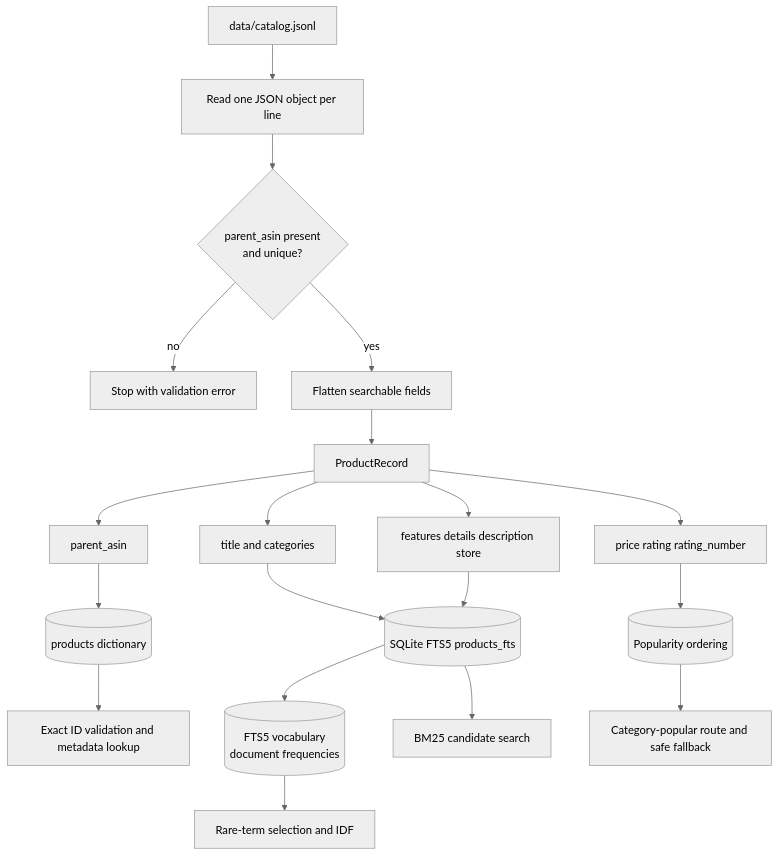
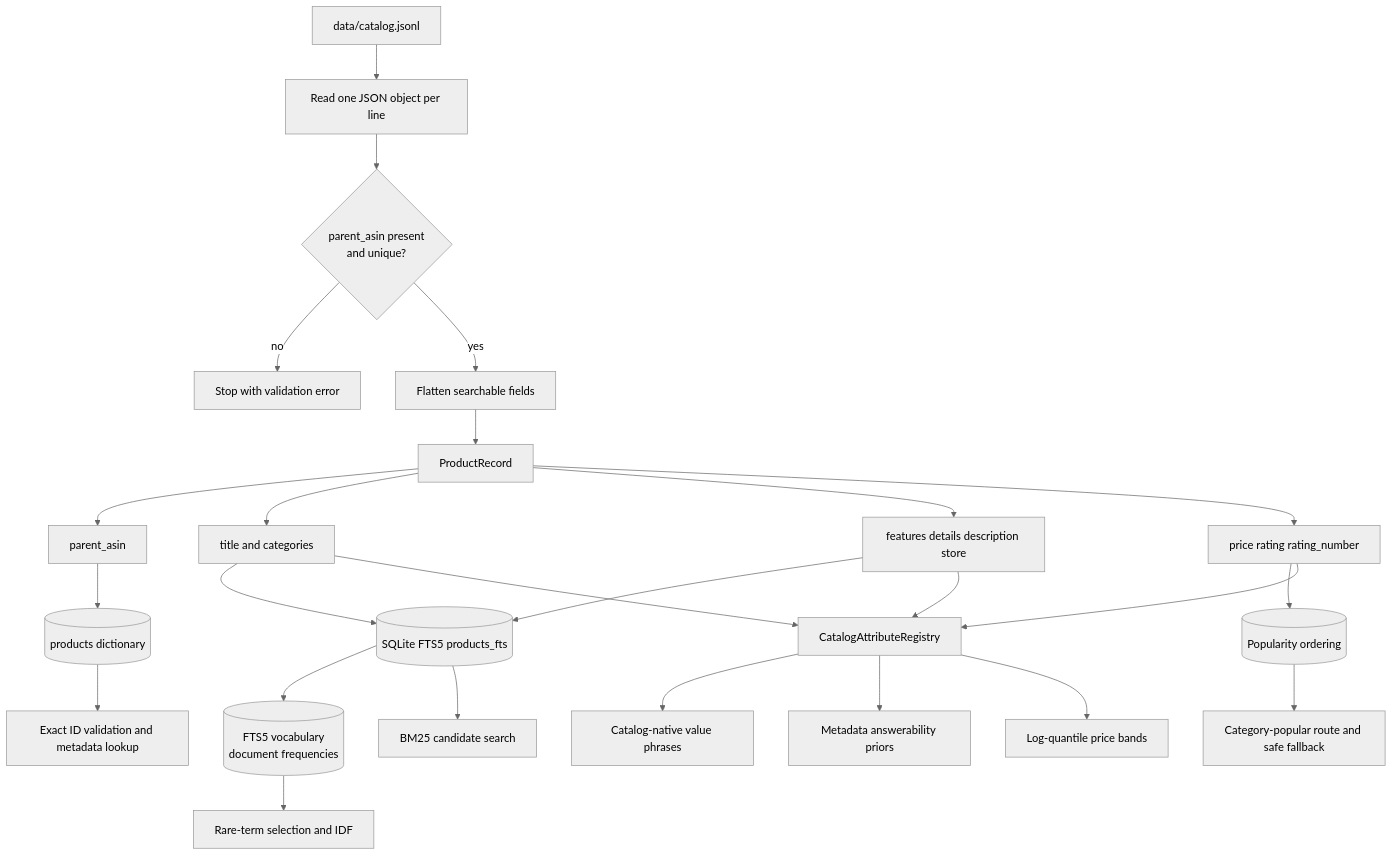
One commit to ash15khng/tiktok-techjam changed the second of 14 diagrams in docs/system-flowcharts.md. Above: the diagram before and after it, drawn with Mermaid (neutral theme). The commit also changed other lines of this file and 9 other files, not shown here.

Commit message:
document generalized architecture and evaluation discipline

````diff
--- a/docs/system-flowcharts.md
+++ b/docs/system-flowcharts.md
@@ -67,24 +70,30 @@
 ```mermaid
 flowchart TD
     A[data/catalog.jsonl] --> B[Read one JSON object per line]
     B --> C{parent_asin present<br/>and unique?}
     C -->|no| D[Stop with validation error]
     C -->|yes| E[Flatten searchable fields]
 
     E --> F[ProductRecord]
     F --> F1[parent_asin]
     F --> F2[title and categories]
     F --> F3[features details description store]
     F --> F4[price rating rating_number]
 
     F1 --> G[(products dictionary)]
     F2 --> H[(SQLite FTS5 products_fts)]
     F3 --> H
     H --> I[(FTS5 vocabulary<br/>document frequencies)]
     F4 --> J[(Popularity ordering)]
+    F3 --> O[CatalogAttributeRegistry]
+    F2 --> O
+    F4 --> O
+    O --> O1[Catalog-native value phrases]
+    O --> O2[Metadata answerability priors]
+    O --> O3[Log-quantile price bands]
 
     G --> K[Exact ID validation and metadata lookup]
     H --> L[BM25 candidate search]
     I --> M[Rare-term selection and IDF]
     J --> N[Category-popular route and safe fallback]
 ```
````
